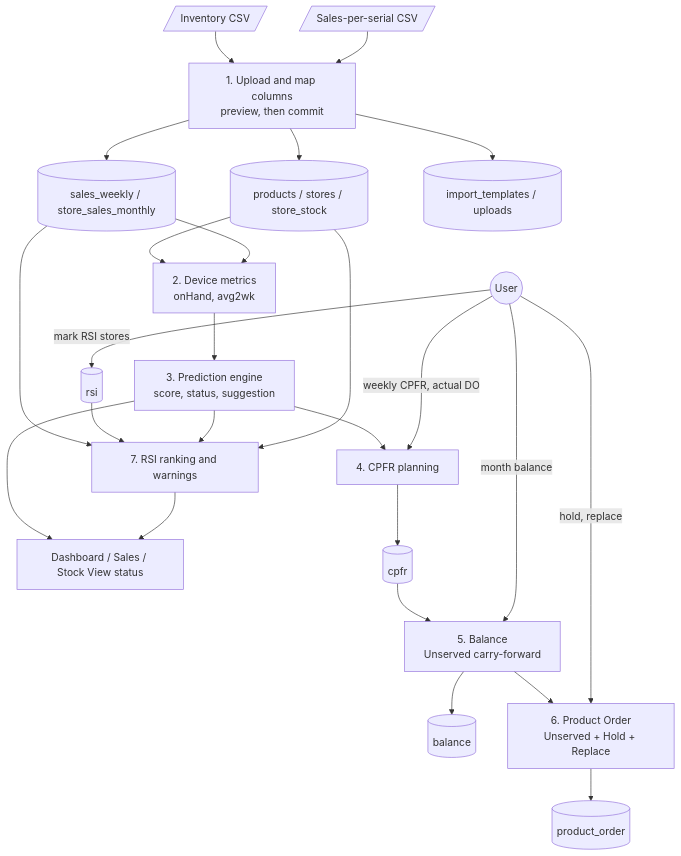
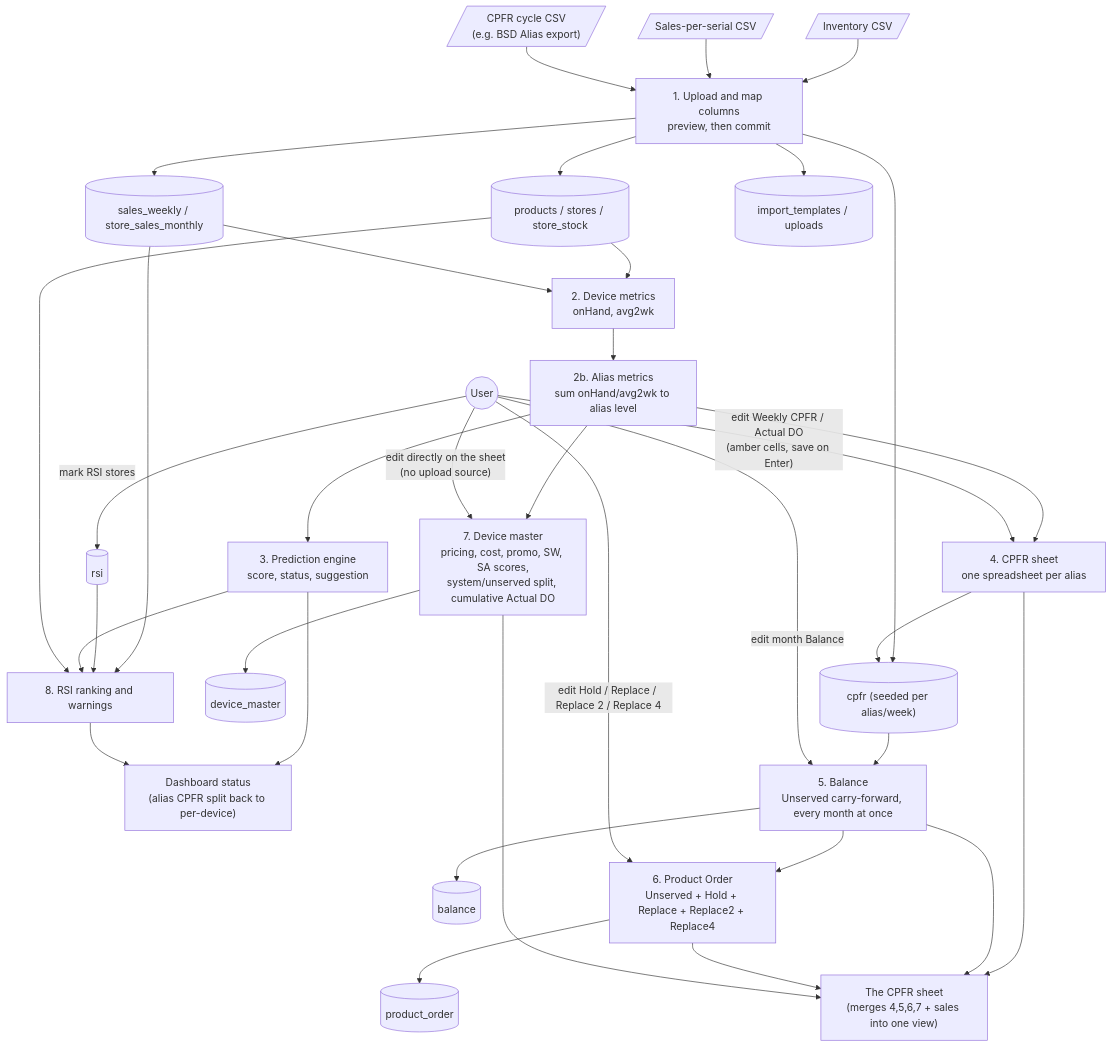
Before and after one commit to phonevilleofficial2025/stock-predictor: the second of 5 diagrams in docs/DATAFLOW.md, drawn with Mermaid. The commit also changed other lines of this file and 4 other files, not shown here.

First line of the commit message:
Update docs to match the alias-based CPFR spreadsheet revision

````diff
--- a/docs/DATAFLOW.md
+++ b/docs/DATAFLOW.md
@@ -13,32 +13,44 @@
 ```mermaid
 flowchart TB
   inv[/"Inventory CSV"/] --> P1["1. Upload and map columns<br/>preview, then commit"]
   sal[/"Sales-per-serial CSV"/] --> P1
+  cpfrCsv[/"CPFR cycle CSV<br/>(e.g. BSD Alias export)"/] --> P1
   P1 --> D1[("products / stores / store_stock")]
   P1 --> D2[("sales_weekly / store_sales_monthly")]
+  P1 --> D3[("cpfr (seeded per alias/week)")]
   P1 --> D9[("import_templates / uploads")]
 
   D1 --> P2["2. Device metrics<br/>onHand, avg2wk"]
   D2 --> P2
-  P2 --> P3["3. Prediction engine<br/>score, status, suggestion"]
-  P3 --> Dash["Dashboard / Sales / Stock View status"]
+  P2 --> P2b["2b. Alias metrics<br/>sum onHand/avg2wk to alias level"]
+  P2b --> P3["3. Prediction engine<br/>score, status, suggestion"]
+  P3 --> Dash["Dashboard status<br/>(alias CPFR split back to per-device)"]
 
-  P3 --> P4["4. CPFR planning"]
-  user1(("User")) -- "weekly CPFR, actual DO" --> P4
-  P4 --> D3[("cpfr")]
+  P2b --> P4["4. CPFR sheet<br/>one spreadsheet per alias"]
+  user1(("User")) -- "edit Weekly CPFR / Actual DO<br/>(amber cells, save on Enter)" --> P4
+  P4 --> D3
 
-  D3 --> P5["5. Balance<br/>Unserved carry-forward"]
-  user1 -- "month balance" --> P5
+  D3 --> P5["5. Balance<br/>Unserved carry-forward, every month at once"]
+  user1 -- "edit month Balance" --> P5
   P5 --> D4[("balance")]
 
-  P5 --> P6["6. Product Order<br/>Unserved + Hold + Replace"]
-  user1 -- "hold, replace" --> P6
+  P5 --> P6["6. Product Order<br/>Unserved + Hold + Replace + Replace2 + Replace4"]
+  user1 -- "edit Hold / Replace / Replace 2 / Replace 4" --> P6
   P6 --> D5[("product_order")]
 
-  user1 -- "mark RSI stores" --> D6[("rsi")]
-  D2 --> P7["7. RSI ranking and warnings"]
-  D6 --> P7
-  P3 --> P7
-  D1 --> P7
-  P7 --> Dash
+  P2b --> P7["7. Device master<br/>pricing, cost, promo, SW, SA scores,<br/>system/unserved split, cumulative Actual DO"]
+  user1 -- "edit directly on the sheet<br/>(no upload source)" --> P7
+  P7 --> D6[("device_master")]
+
+  user1 -- "mark RSI stores" --> D7[("rsi")]
+  D2 --> P8["8. RSI ranking and warnings"]
+  D7 --> P8
+  P3 --> P8
+  D1 --> P8
+  P8 --> Dash
+
+  P4 --> Sheet["The CPFR sheet<br/>(merges 4,5,6,7 + sales into one view)"]
+  P5 --> Sheet
+  P6 --> Sheet
+  P7 --> Sheet
 ```
````
